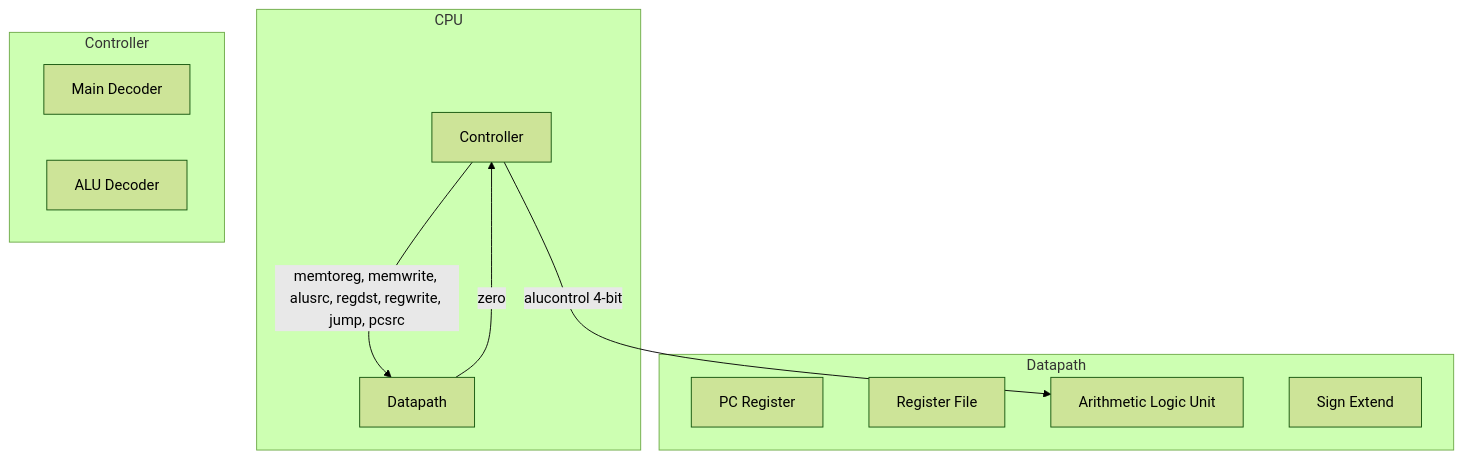
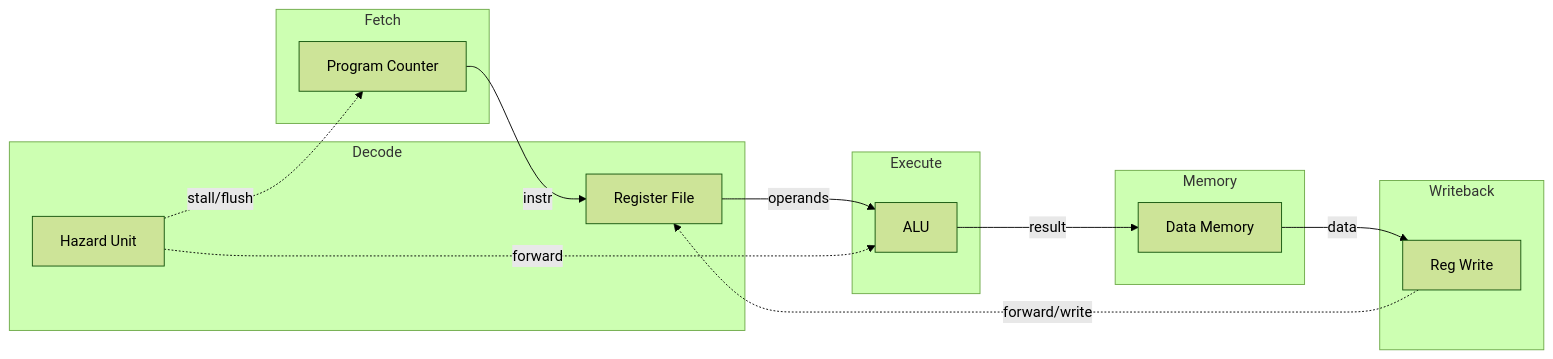
The third of 3 diagrams in ARCHITECTURE.md (robmarano/cpu_hdl_catalog), drawn with Mermaid (forest theme) before and after one commit. The commit also changed other lines of this file and 136 other files, not shown here.

````diff
--- a/ARCHITECTURE.md
+++ b/ARCHITECTURE.md
@@ -26,23 +68,31 @@
 ```mermaid
-graph TD
-    subgraph CPU
-        CTRL[Controller]
-        DP[Datapath]
-    end
-    
-    subgraph Controller
-        MD[Main Decoder]
-        AD[ALU Decoder]
-    end
-    
-    subgraph Datapath
-        PC[PC Register]
-        RF[Register File]
-        ALU[Arithmetic Logic Unit]
-        EXT[Sign Extend]
+graph LR
+    subgraph IF [Fetch]
+        PC[Program Counter]
     end
 
-    CTRL -->|memtoreg, memwrite, alusrc, regdst, regwrite, jump, pcsrc| DP
-    CTRL -->|alucontrol 4-bit| ALU
-    DP -->|zero| CTRL
+    subgraph ID [Decode]
+        RF[Register File]
+        HU[Hazard Unit]
+    end
+
+    subgraph EX [Execute]
+        ALU[ALU]
+    end
+
+    subgraph MEM [Memory]
+        DM[Data Memory]
+    end
+
+    subgraph WB [Writeback]
+        REG[Reg Write]
+    end
+
+    PC -->|instr| RF
+    RF -->|operands| ALU
+    ALU -->|result| DM
+    DM -->|data| REG
+    REG -.->|forward/write| RF
+    HU -.->|stall/flush| PC
+    HU -.->|forward| ALU
 ```
````
